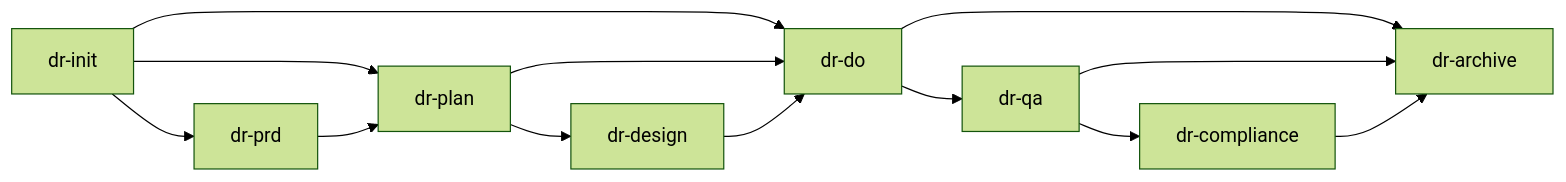
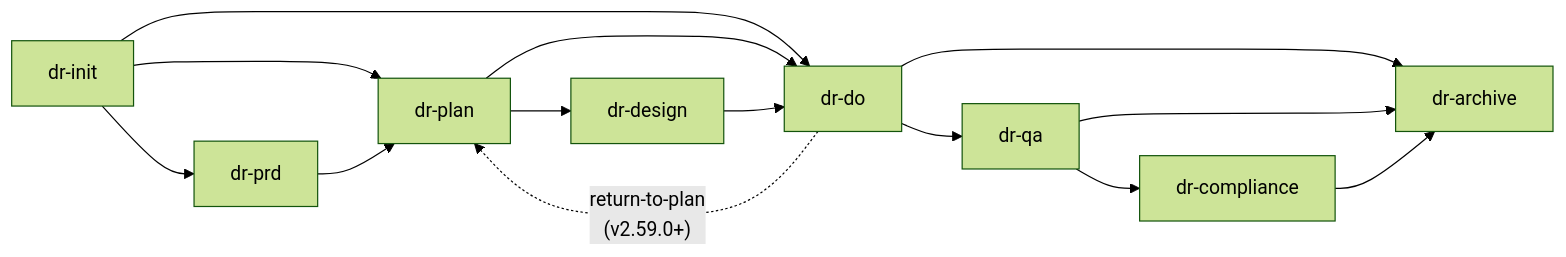
One commit to Arcanada-one/datarim changed the first of 2 diagrams in skills/visual-maps/command-dependencies.md. Above: the diagram before and after it, drawn with Mermaid (forest theme). The commit also changed 13 other files, not shown here.

First line of the commit message:
fix(tdd): wire TDD discipline into /dr-do + immutability and return-to-plan rules (TUNE-0516)

````diff
--- a/skills/visual-maps/command-dependencies.md
+++ b/skills/visual-maps/command-dependencies.md
@@ -10,15 +10,16 @@
 ```mermaid
 graph LR
     dr-init --> dr-prd
     dr-init --> dr-plan
     dr-init --> dr-do
     dr-prd --> dr-plan
     dr-plan --> dr-design
     dr-plan --> dr-do
     dr-design --> dr-do
     dr-do --> dr-qa
     dr-do --> dr-archive
     dr-qa --> dr-compliance
     dr-qa --> dr-archive
     dr-compliance --> dr-archive
+    dr-do -.->|"return-to-plan<br>(v2.59.0+)"| dr-plan
 ```
````
